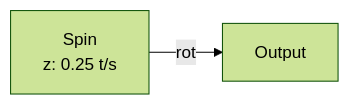
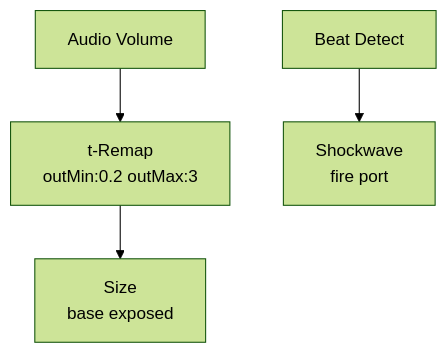
The third of 3 diagrams in docs/getting-started.md (AristidesAI/Points), drawn with Mermaid (forest theme) before and after one commit. The commit also changed other lines of this file and 127 other files, not shown here.

````diff
--- a/docs/getting-started.md
+++ b/docs/getting-started.md
@@ -74,4 +122,6 @@
 ```mermaid
-graph LR
-    SPIN[Spin<br/>z: 0.25 t/s] -->|rot| O[Output]
+graph TD
+    volume[Audio Volume] --> remap[t-Remap<br/>outMin:0.2 outMax:3]
+    remap --> size[Size<br/>base exposed]
+    beat[Beat Detect] --> shockwave[Shockwave<br/>fire port]
 ```
````
